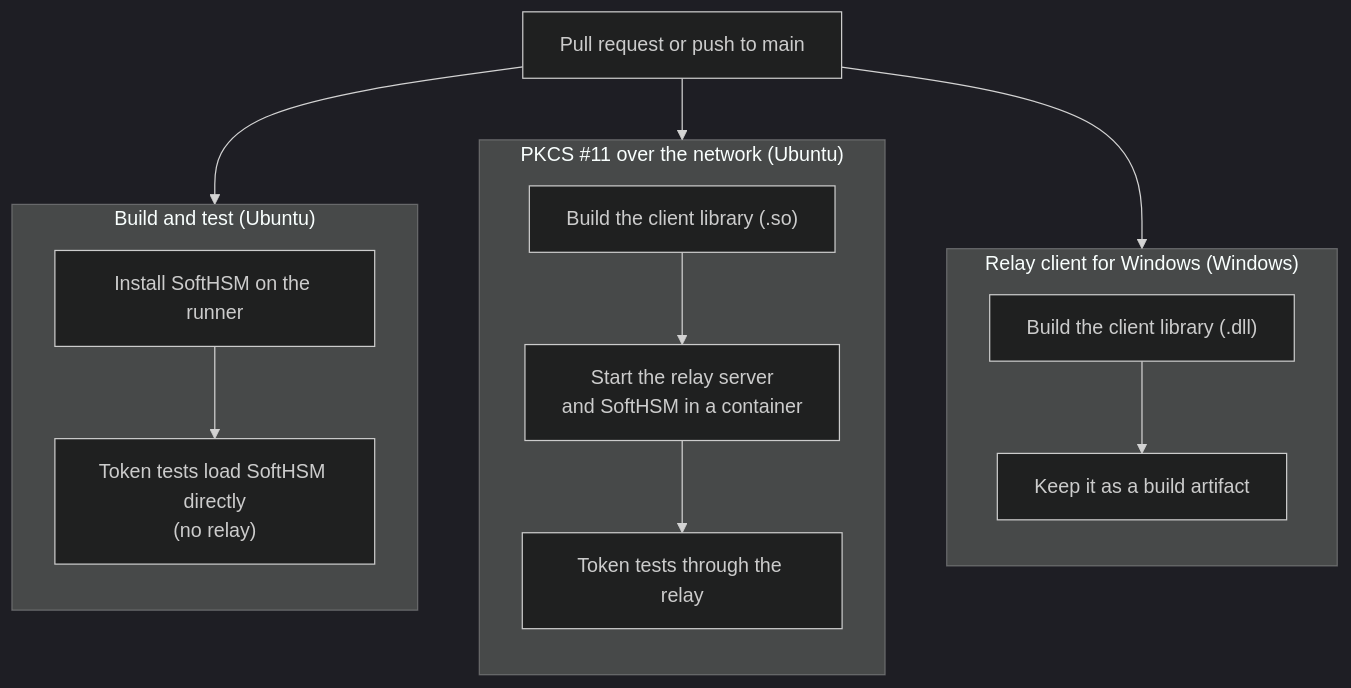
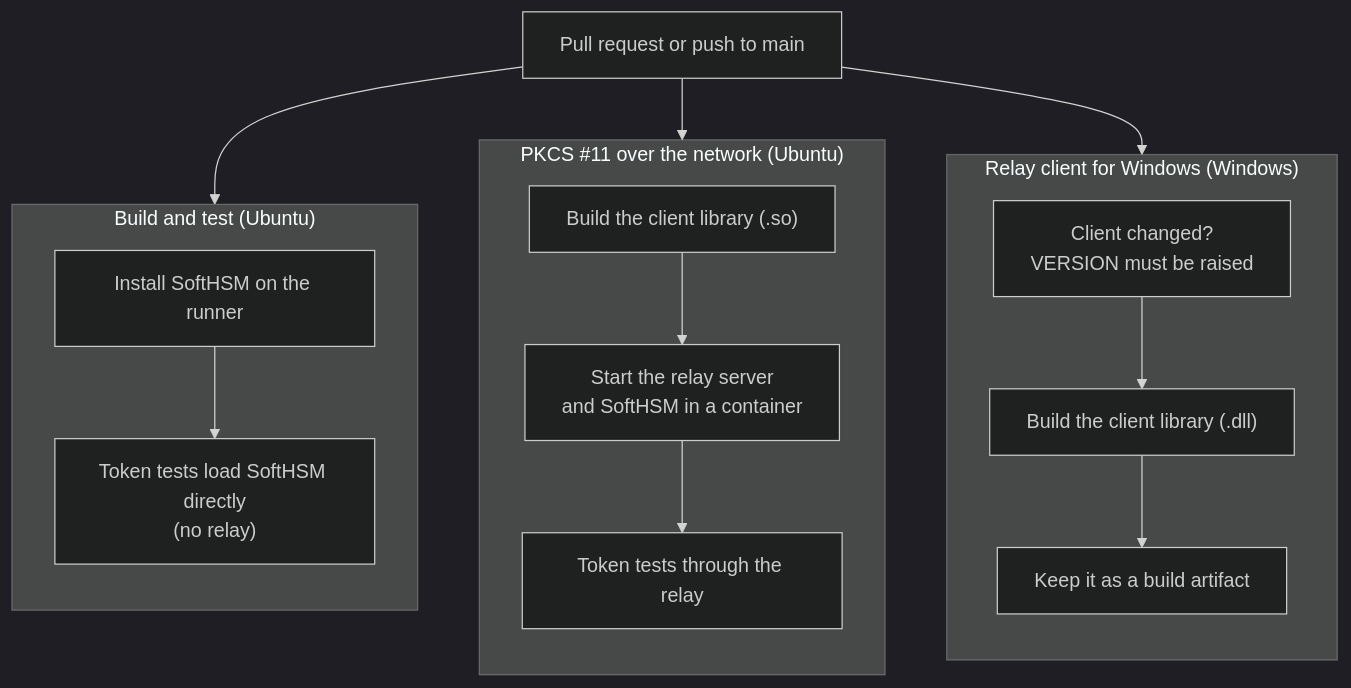
The fourth of 5 diagrams in tools/pkcs11-relay/README.md (JoeShook/Sigyll), drawn with Mermaid (dark theme) before and after one commit. The commit also changed other lines of this file and 8 other files, not shown here.

First line of the commit message:
ci(pkcs11-relay): publish the Windows client library for download

````diff
--- a/tools/pkcs11-relay/README.md
+++ b/tools/pkcs11-relay/README.md
@@ -130,21 +149,21 @@
 ```mermaid
 flowchart TB
     pr["Pull request or push to main"] --> build
     pr --> relay
     pr --> windows
 
     subgraph build["Build and test (Ubuntu)"]
         direction TB
         b1["Install SoftHSM on the runner"] --> b2["Token tests load SoftHSM directly<br/>(no relay)"]
     end
 
     subgraph relay["PKCS #11 over the network (Ubuntu)"]
         direction TB
         r1["Build the client library (.so)"] --> r2["Start the relay server<br/>and SoftHSM in a container"] --> r3["Token tests through the relay"]
     end
 
     subgraph windows["Relay client for Windows (Windows)"]
         direction TB
-        w1["Build the client library (.dll)"] --> w2["Keep it as a build artifact"]
+        w0["Client changed?<br/>VERSION must be raised"] --> w1["Build the client library (.dll)"] --> w2["Keep it as a build artifact"]
     end
 ```
````
